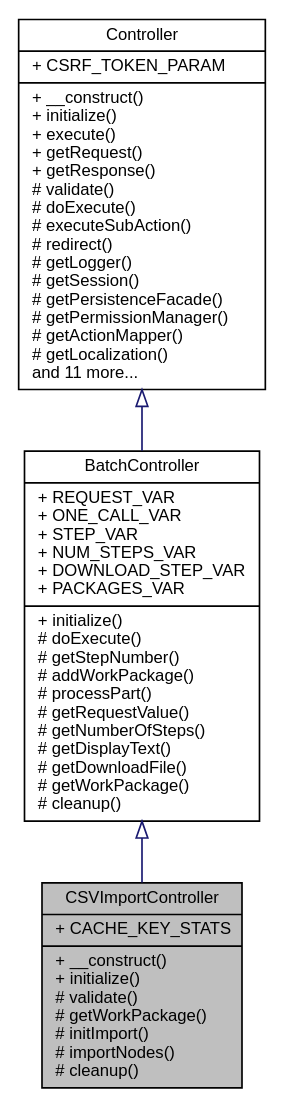
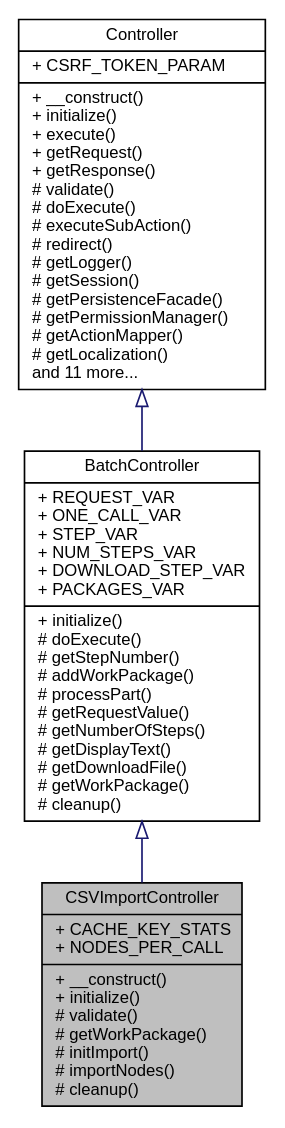
Before and after one commit to eherwig/wcmf: the diagram in classwcmf_1_1application_1_1controller_1_1_c_s_v_import_controller__inherit__graph.dot, drawn with Graphviz. The commit also changed 1044 other files, not shown here.

```diff
--- a/classwcmf_1_1application_1_1controller_1_1_c_s_v_import_controller__inherit__graph.dot
+++ b/classwcmf_1_1application_1_1controller_1_1_c_s_v_import_controller__inherit__graph.dot
@@ -1,10 +1,10 @@
 digraph "CSVImportController"
 {
   edge [fontname="Helvetica",fontsize="10",labelfontname="Helvetica",labelfontsize="10"];
   node [fontname="Helvetica",fontsize="10",shape=record];
-  Node0 [label="{CSVImportController\n|+ CACHE_KEY_STATS\l|+ __construct()\l+ initialize()\l# validate()\l# getWorkPackage()\l# initImport()\l# importNodes()\l# cleanup()\l}",height=0.2,width=0.4,color="black", fillcolor="grey75", style="filled", fontcolor="black"];
+  Node0 [label="{CSVImportController\n|+ CACHE_KEY_STATS\l+ NODES_PER_CALL\l|+ __construct()\l+ initialize()\l# validate()\l# getWorkPackage()\l# initImport()\l# importNodes()\l# cleanup()\l}",height=0.2,width=0.4,color="black", fillcolor="grey75", style="filled", fontcolor="black"];
   Node1 -> Node0 [dir="back",color="midnightblue",fontsize="10",style="solid",arrowtail="onormal",fontname="Helvetica"];
   Node1 [label="{BatchController\n|+ REQUEST_VAR\l+ ONE_CALL_VAR\l+ STEP_VAR\l+ NUM_STEPS_VAR\l+ DOWNLOAD_STEP_VAR\l+ PACKAGES_VAR\l|+ initialize()\l# doExecute()\l# getStepNumber()\l# addWorkPackage()\l# processPart()\l# getRequestValue()\l# getNumberOfSteps()\l# getDisplayText()\l# getDownloadFile()\l# getWorkPackage()\l# cleanup()\l}",height=0.2,width=0.4,color="black", fillcolor="white", style="filled",URL="$classwcmf_1_1application_1_1controller_1_1_batch_controller.html",tooltip="BatchController is used to process complex, longer running actions, that need to be divided into seve..."];
   Node2 -> Node1 [dir="back",color="midnightblue",fontsize="10",style="solid",arrowtail="onormal",fontname="Helvetica"];
   Node2 [label="{Controller\n|+ CSRF_TOKEN_PARAM\l|+ __construct()\l+ initialize()\l+ execute()\l+ getRequest()\l+ getResponse()\l# validate()\l# doExecute()\l# executeSubAction()\l# redirect()\l# getLogger()\l# getSession()\l# getPersistenceFacade()\l# getPermissionManager()\l# getActionMapper()\l# getLocalization()\land 11 more...\l}",height=0.2,width=0.4,color="black", fillcolor="white", style="filled",URL="$classwcmf_1_1lib_1_1presentation_1_1_controller.html",tooltip="Controller is the base class of all controllers. "];
 }
```
